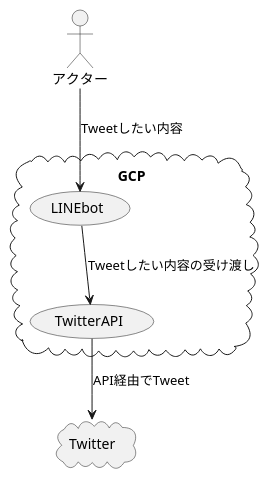
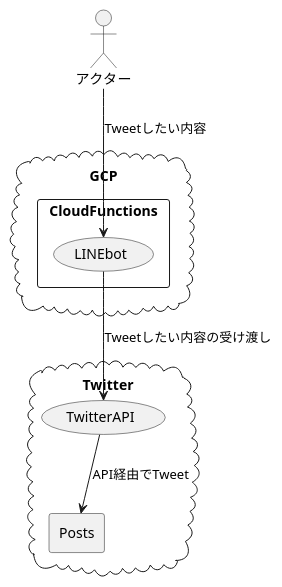
One commit to arima0714/TweetThroughLINE changed the diagram in Graphics/Diagram1.pu. Above: the diagram before and after it, drawn with PlantUML.

Commit message:
構成図を修正

```diff
--- a/Graphics/Diagram1.pu
+++ b/Graphics/Diagram1.pu
@@ -1,16 +1,20 @@
 @startuml
 
 actor アクター
 
 cloud GCP{
-    usecase LINEbot
-    usecase TwitterAPI
+    rectangle CloudFunctions{
+        usecase LINEbot
+    }
 }
 
-cloud Twitter
+cloud Twitter{
+    usecase TwitterAPI
+    rectangle Posts
+}
 
 アクター --> LINEbot :Tweetしたい内容
 LINEbot --> TwitterAPI :Tweetしたい内容の受け渡し
-TwitterAPI --> Twitter :API経由でTweet
+TwitterAPI --> Posts :API経由でTweet
 
 @enduml
```
